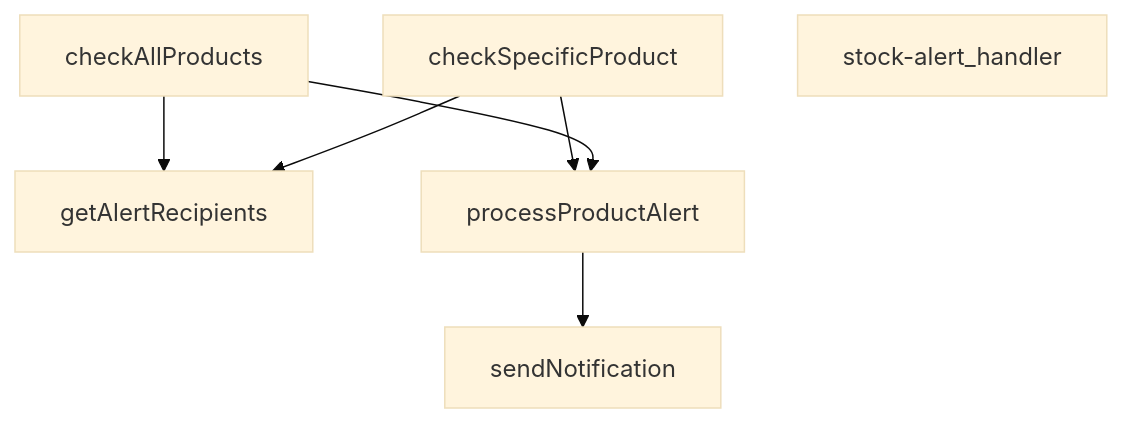
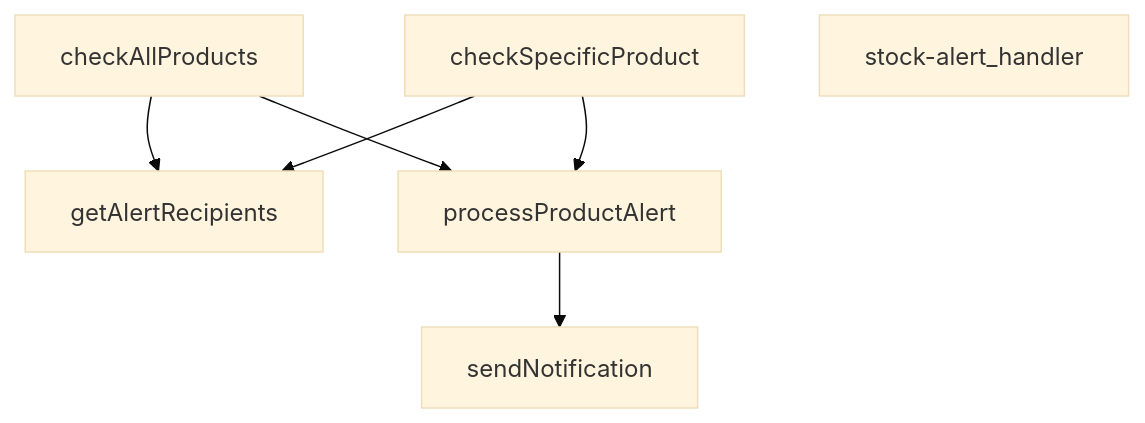
One commit to peckop/venthub-hvac-esite changed the diagram in supabase/functions/stock-alert/index.md. Above: the diagram before and after it, drawn with Mermaid (base theme). The commit also changed other lines of this file and 36 other files, not shown here.

````diff
--- a/supabase/functions/stock-alert/index.md
+++ b/supabase/functions/stock-alert/index.md
@@ -208,14 +215,14 @@
 ```mermaid
 graph TD
     index_ts__checkAllProducts["checkAllProducts"]
     index_ts__checkSpecificProduct["checkSpecificProduct"]
     index_ts__getAlertRecipients["getAlertRecipients"]
     index_ts__processProductAlert["processProductAlert"]
     index_ts__sendNotification["sendNotification"]
     index_ts__stock-alert_handler["stock-alert_handler"]
-    index_ts__processProductAlert --> index_ts__sendNotification
-    index_ts__checkSpecificProduct --> index_ts__processProductAlert
     index_ts__checkAllProducts --> index_ts__getAlertRecipients
     index_ts__checkSpecificProduct --> index_ts__getAlertRecipients
+    index_ts__checkSpecificProduct --> index_ts__processProductAlert
+    index_ts__processProductAlert --> index_ts__sendNotification
     index_ts__checkAllProducts --> index_ts__processProductAlert
 ```
````
